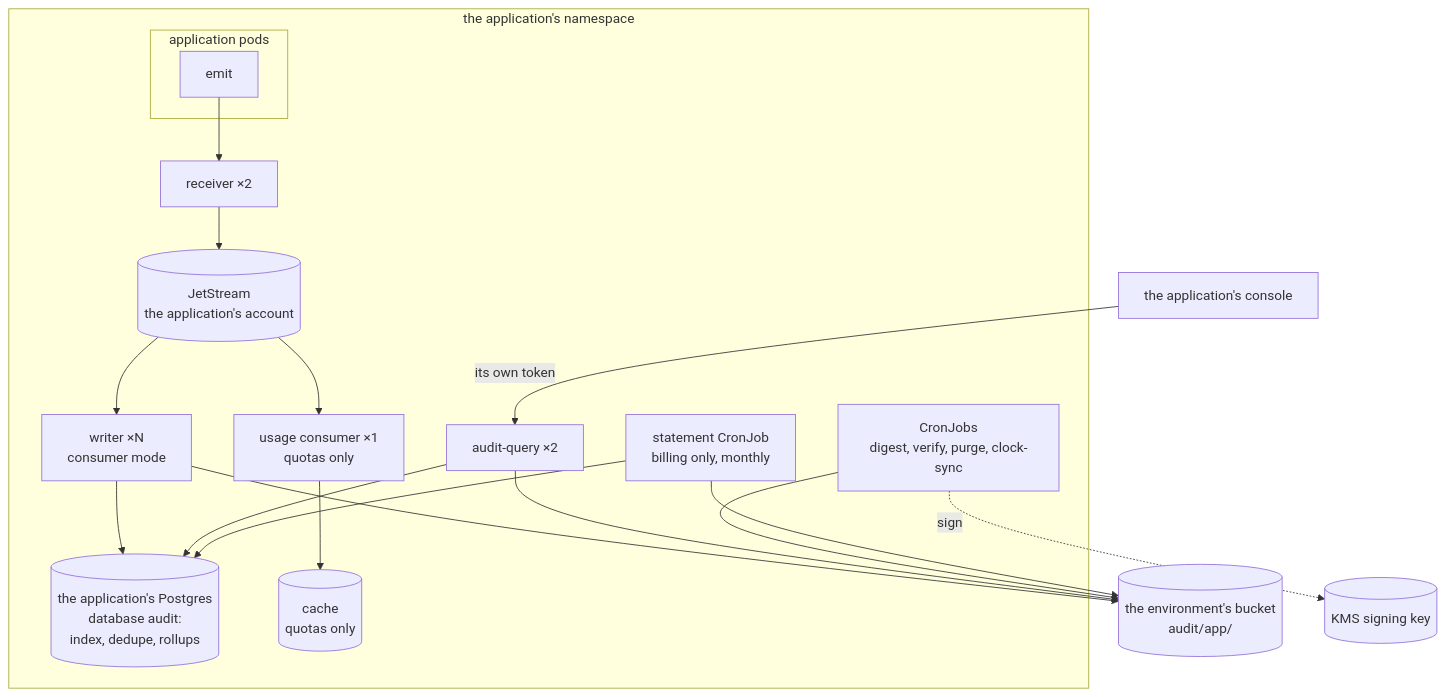
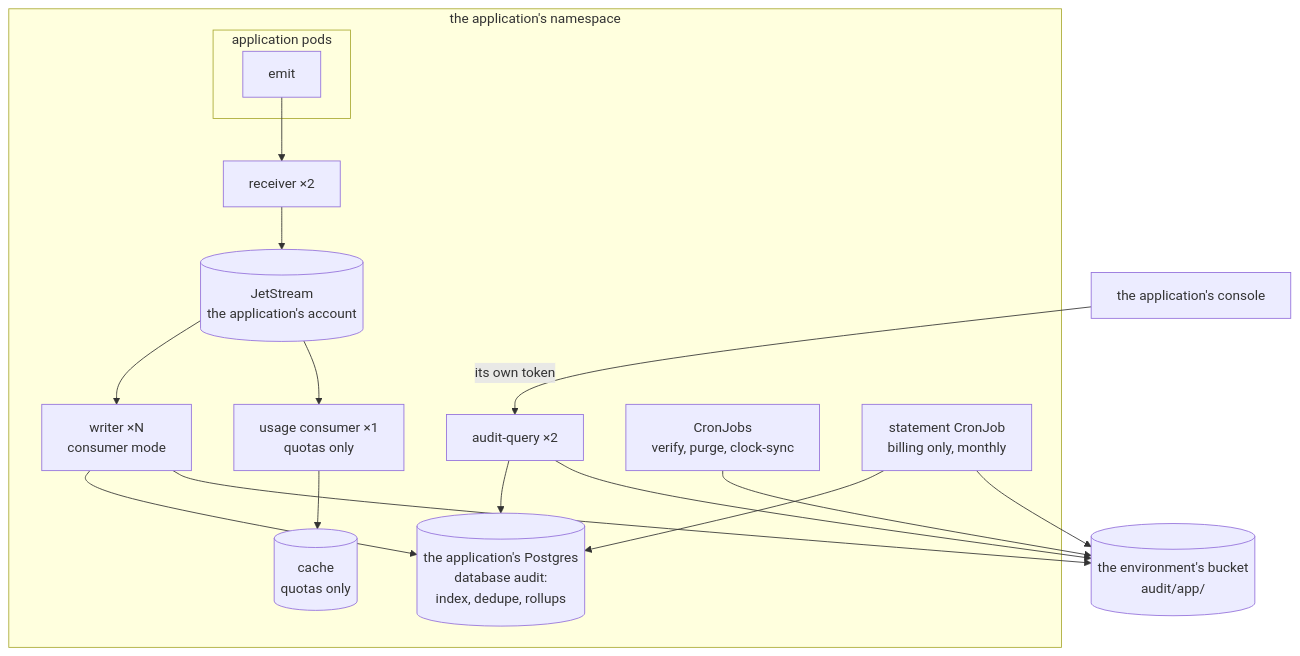
The first of 2 diagrams in docs/deployment/stream.md (truvity/audit), drawn with Mermaid before and after one commit. The commit also changed other lines of this file and 149 other files, not shown here.

````diff
--- a/docs/deployment/stream.md
+++ b/docs/deployment/stream.md
@@ -14,30 +14,28 @@
 ```mermaid
 flowchart TB
   subgraph ns["the application's namespace"]
     subgraph APP["application pods"]
       E["emit"]
     end
     R["receiver ×2"]
     NATS[("JetStream<br/>the application's account")]
     W["writer ×N<br/>consumer mode"]
     U["usage consumer ×1<br/>quotas only"]
     Q["audit-query ×2"]
     PG[("the application's Postgres<br/>database audit:<br/>index, dedupe, rollups")]
     VK[("cache<br/>quotas only")]
-    CJ["CronJobs<br/>digest, verify, purge, clock-sync"]
+    CJ["CronJobs<br/>verify, purge, clock-sync"]
     ST["statement CronJob<br/>billing only, monthly"]
     E --> R --> NATS
     NATS --> W --> PG
     NATS --> U --> VK
     Q --> PG
     ST --> PG
   end
   S3[("the environment's bucket<br/>audit/app/")]
-  KMS[("KMS signing key")]
   W --> S3
   Q --> S3
   CJ --> S3
   ST --> S3
-  CJ -. sign .-> KMS
   CONS["the application's console"] -- "its own token" --> Q
 ```
````
